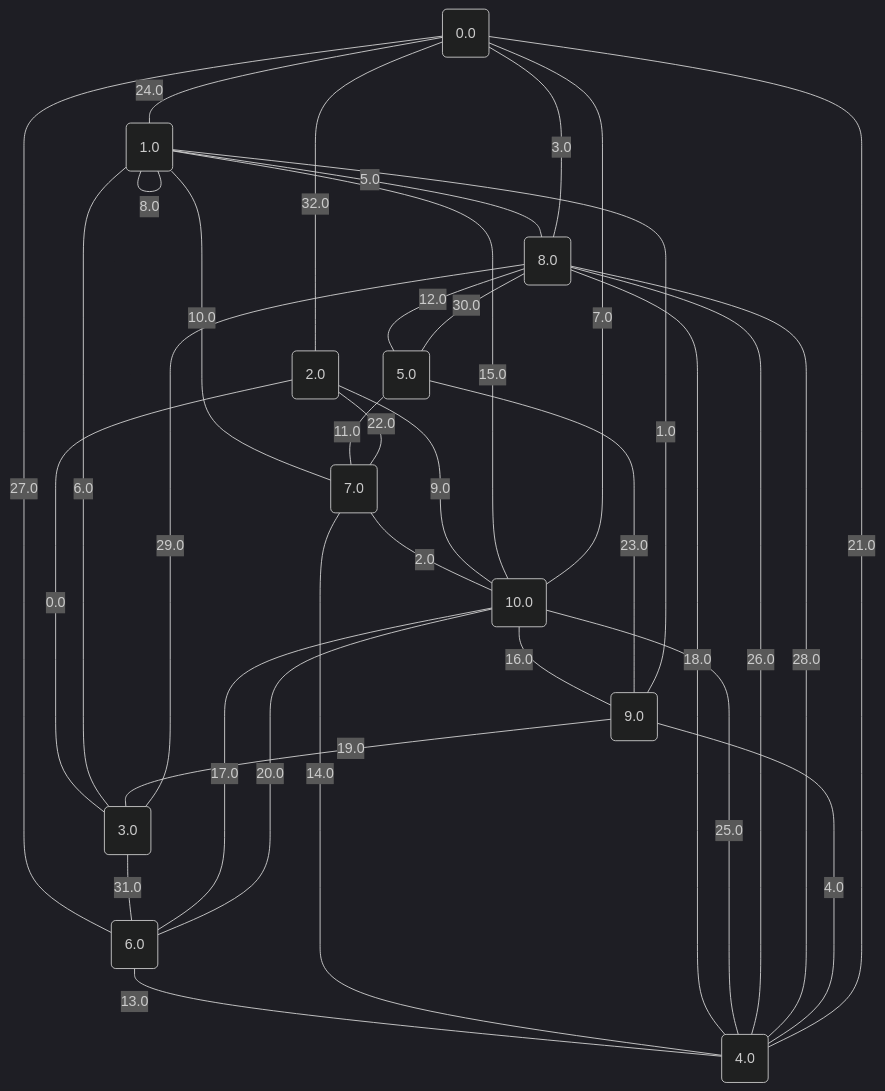
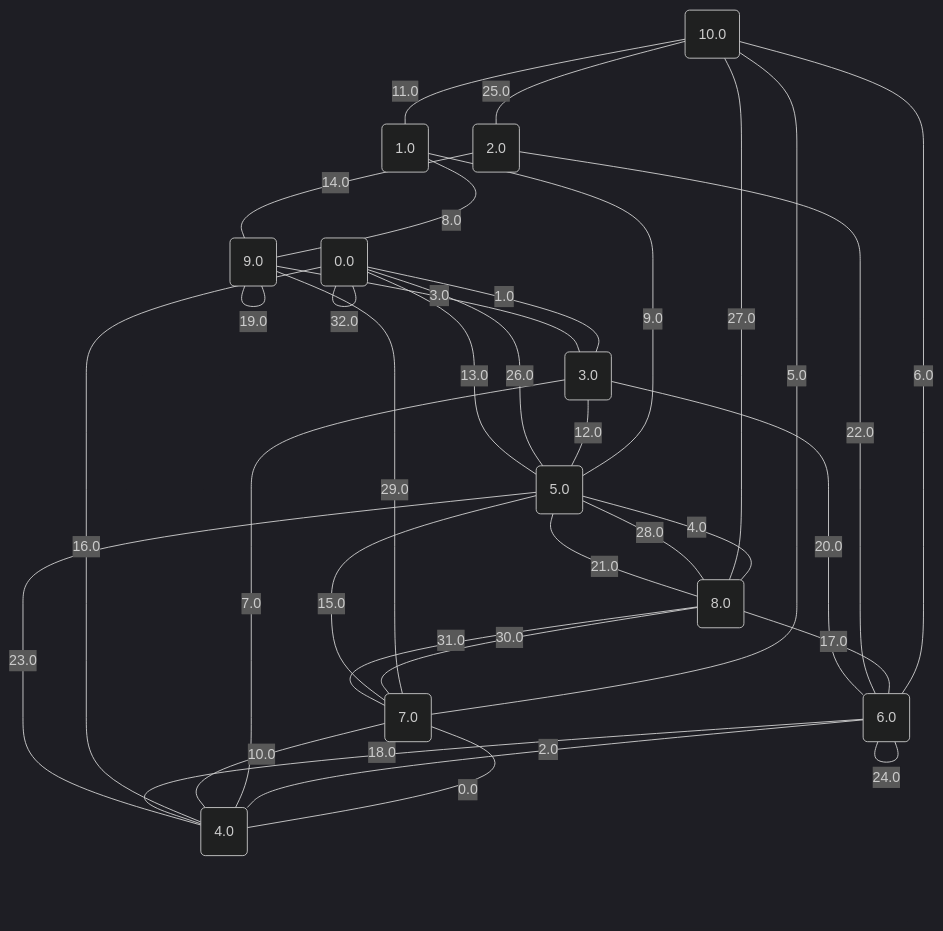
One commit to metury/graphs changed the diagram in project/src/testing/graphs/6.md. Above: the diagram before and after it, drawn with Mermaid (dark theme). The commit also changed 27 other files, not shown here.

````diff
--- a/project/src/testing/graphs/6.md
+++ b/project/src/testing/graphs/6.md
@@ -1,47 +1,47 @@
 ```mermaid
 graph TD;
 0("0.0");
 1("1.0");
 2("2.0");
 3("3.0");
 4("4.0");
 5("5.0");
 6("6.0");
 7("7.0");
 8("8.0");
 9("9.0");
 10("10.0");
-	2 -- "0.0" --- 3;
-	9 -- "1.0" --- 1;
-	7 -- "2.0" --- 10;
-	8 -- "3.0" --- 0;
-	4 -- "4.0" --- 9;
-	1 -- "5.0" --- 8;
-	1 -- "6.0" --- 3;
-	10 -- "7.0" --- 0;
-	1 -- "8.0" --- 1;
-	2 -- "9.0" --- 10;
-	1 -- "10.0" --- 7;
-	5 -- "11.0" --- 7;
-	8 -- "12.0" --- 5;
-	6 -- "13.0" --- 4;
-	7 -- "14.0" --- 4;
-	1 -- "15.0" --- 10;
-	10 -- "16.0" --- 9;
-	6 -- "17.0" --- 10;
-	8 -- "18.0" --- 4;
-	9 -- "19.0" --- 3;
-	6 -- "20.0" --- 10;
-	4 -- "21.0" --- 0;
-	2 -- "22.0" --- 7;
-	5 -- "23.0" --- 9;
-	0 -- "24.0" --- 1;
-	10 -- "25.0" --- 4;
-	8 -- "26.0" --- 4;
-	0 -- "27.0" --- 6;
-	8 -- "28.0" --- 4;
-	3 -- "29.0" --- 8;
-	8 -- "30.0" --- 5;
-	3 -- "31.0" --- 6;
-	0 -- "32.0" --- 2;
+	7 -- "0.0" --- 4;
+	0 -- "1.0" --- 3;
+	6 -- "2.0" --- 4;
+	9 -- "3.0" --- 3;
+	5 -- "4.0" --- 8;
+	10 -- "5.0" --- 7;
+	10 -- "6.0" --- 6;
+	3 -- "7.0" --- 4;
+	1 -- "8.0" --- 9;
+	1 -- "9.0" --- 5;
+	7 -- "10.0" --- 4;
+	10 -- "11.0" --- 1;
+	3 -- "12.0" --- 5;
+	5 -- "13.0" --- 0;
+	2 -- "14.0" --- 9;
+	7 -- "15.0" --- 5;
+	0 -- "16.0" --- 4;
+	8 -- "17.0" --- 6;
+	6 -- "18.0" --- 4;
+	9 -- "19.0" --- 9;
+	6 -- "20.0" --- 3;
+	8 -- "21.0" --- 5;
+	2 -- "22.0" --- 6;
+	5 -- "23.0" --- 4;
+	6 -- "24.0" --- 6;
+	10 -- "25.0" --- 2;
+	0 -- "26.0" --- 5;
+	10 -- "27.0" --- 8;
+	5 -- "28.0" --- 8;
+	9 -- "29.0" --- 7;
+	8 -- "30.0" --- 7;
+	7 -- "31.0" --- 8;
+	0 -- "32.0" --- 0;
 ```
````
